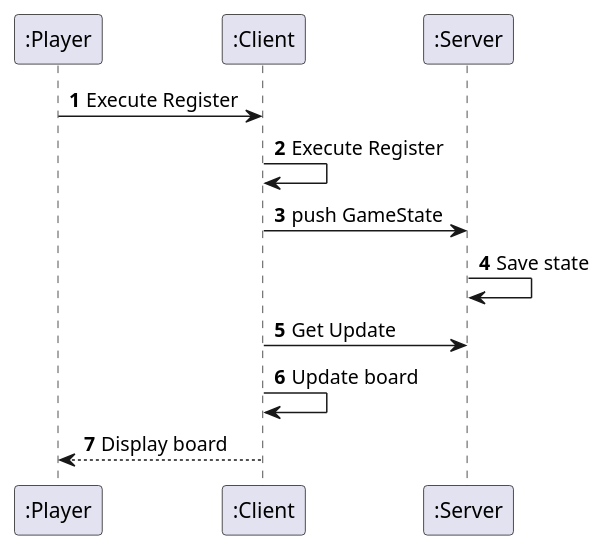
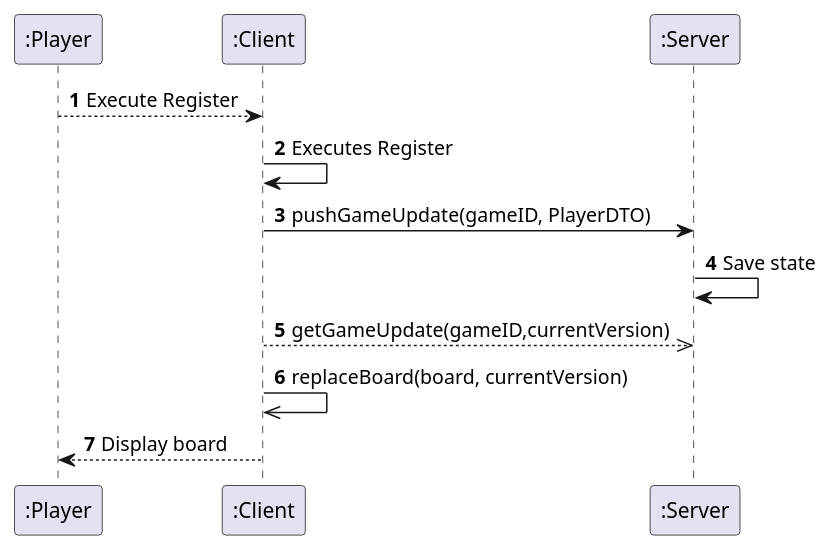
One commit to Gruppe-10-DTU/Roborally3 changed the diagram in src/main/resources/Diagrams/SequenceExecuteRegister.puml. Above: the diagram before and after it, drawn with PlantUML. The commit also changed 1 other file, not shown here.

Commit message:
Sequence-diagrams updated.

```diff
--- a/src/main/resources/Diagrams/SequenceExecuteRegister.puml
+++ b/src/main/resources/Diagrams/SequenceExecuteRegister.puml
@@ -1,17 +1,17 @@
 @startuml
 'Sequence Diagram for Execute Register.
 Participant ":Player" as Player
 Participant ":Client" as Client
 Participant ":Server" as Server
 
 
 autonumber
-Player -> Client : Execute Register
-Client -> Client : Execute Register
-Client -> Server : push GameState
+Player --> Client : Execute Register
+Client -> Client : Executes Register
+Client -> Server : pushGameUpdate(gameID, PlayerDTO)
 Server -> Server : Save state
-Client -> Server : Get Update
-Client -> Client : Update board
+Client -->> Server : getGameUpdate(gameID,currentVersion)
+Client ->> Client : replaceBoard(board, currentVersion)
 Client --> Player : Display board
 
 @enduml
```
